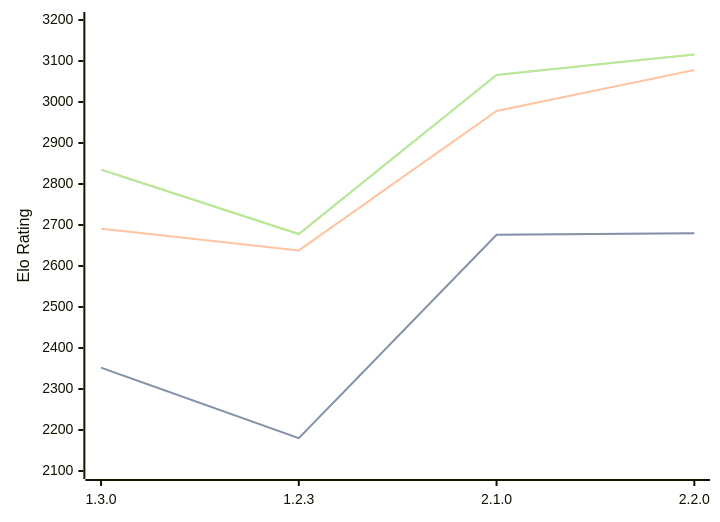
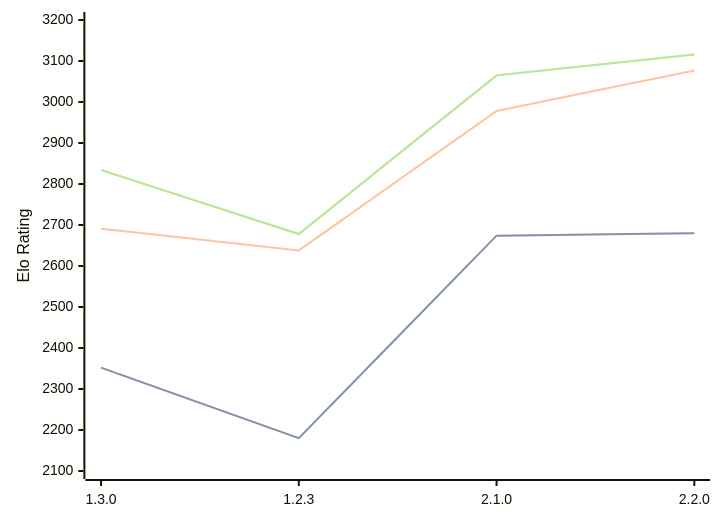
Before and after one commit to computer-chess-index/cci: the diagram in engines/Aspen.md, drawn with Mermaid. The commit also changed other lines of this file, not shown here.

Commit message:
Update CCI Ratings (ELO VLTC) - 2026-07-27

````diff
--- a/engines/Aspen.md
+++ b/engines/Aspen.md
@@ -43,11 +43,11 @@
 ```mermaid
 %%{init: {"theme":"base","themeVariables":{"seriesColors:['#a3a3a3','#222221','#faa371']}}}%%
 xychart-beta
   x-axis ["1.3.0", "1.2.3", "2.1.0", "2.2.0"]
   y-axis "Elo Rating" 2100 --> 3200
-  line "STC (8.0+0.08s)" [2352, 2180, 2676, 2680]
-  line "STC (8.0+0.08s)" [2352, 2180, 2676, 2680]
-  line "LTC (60.0+0.60s)" [2691, 2638, 2978, 3078]
-  line "VLTC (2m24s+1.12s)" [2835, 2678, 3066, 3116]
-  line "VLTC (2m24s+1.12s)" [2835, 2678, 3066, 3116]
+  line "STC (8.0+0.08s)" [2352, 2180, 2674, 2680]
+  line "STC (8.0+0.08s)" [2352, 2180, 2674, 2680]
+  line "LTC (60.0+0.60s)" [2691, 2638, 2978, 3077]
+  line "VLTC (2m24s+1.12s)" [2834, 2678, 3065, 3116]
+  line "VLTC (2m24s+1.12s)" [2834, 2678, 3065, 3116]
 ```
````
